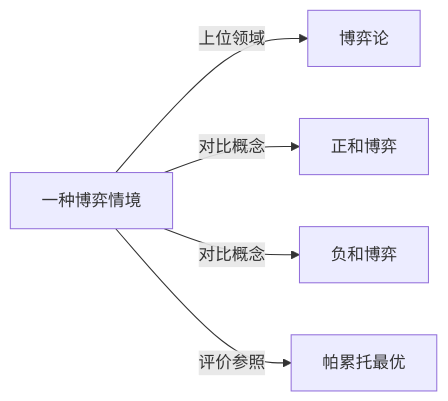
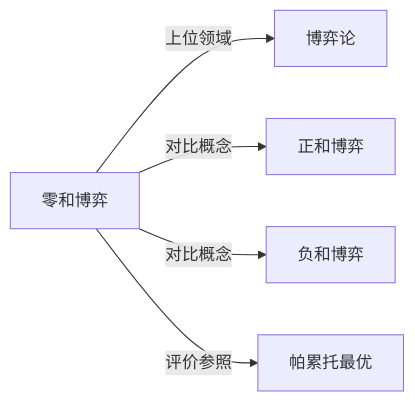
One commit to KIMMCHOW/MyKnowledge changed the diagram in Knowledge/Concepts/经济/零和博弈.md. Above: the diagram before and after it, drawn with Mermaid. The commit also changed 96 other files, not shown here.

Commit message:
fix: 修复概念页关系图节点并补齐缺失关联

````diff
--- a/Knowledge/Concepts/经济/零和博弈.md
+++ b/Knowledge/Concepts/经济/零和博弈.md
@@ -43,7 +43,7 @@
 ```mermaid
 graph LR
-    一种博弈情境 -->|上位领域| 博弈论
-    一种博弈情境 -->|对比概念| 正和博弈
-    一种博弈情境 -->|对比概念| 负和博弈
-    一种博弈情境 -->|评价参照| 帕累托最优
+零和博弈 -->|上位领域| 博弈论
+零和博弈 -->|对比概念| 正和博弈
+零和博弈 -->|对比概念| 负和博弈
+零和博弈 -->|评价参照| 帕累托最优
 ```
````
